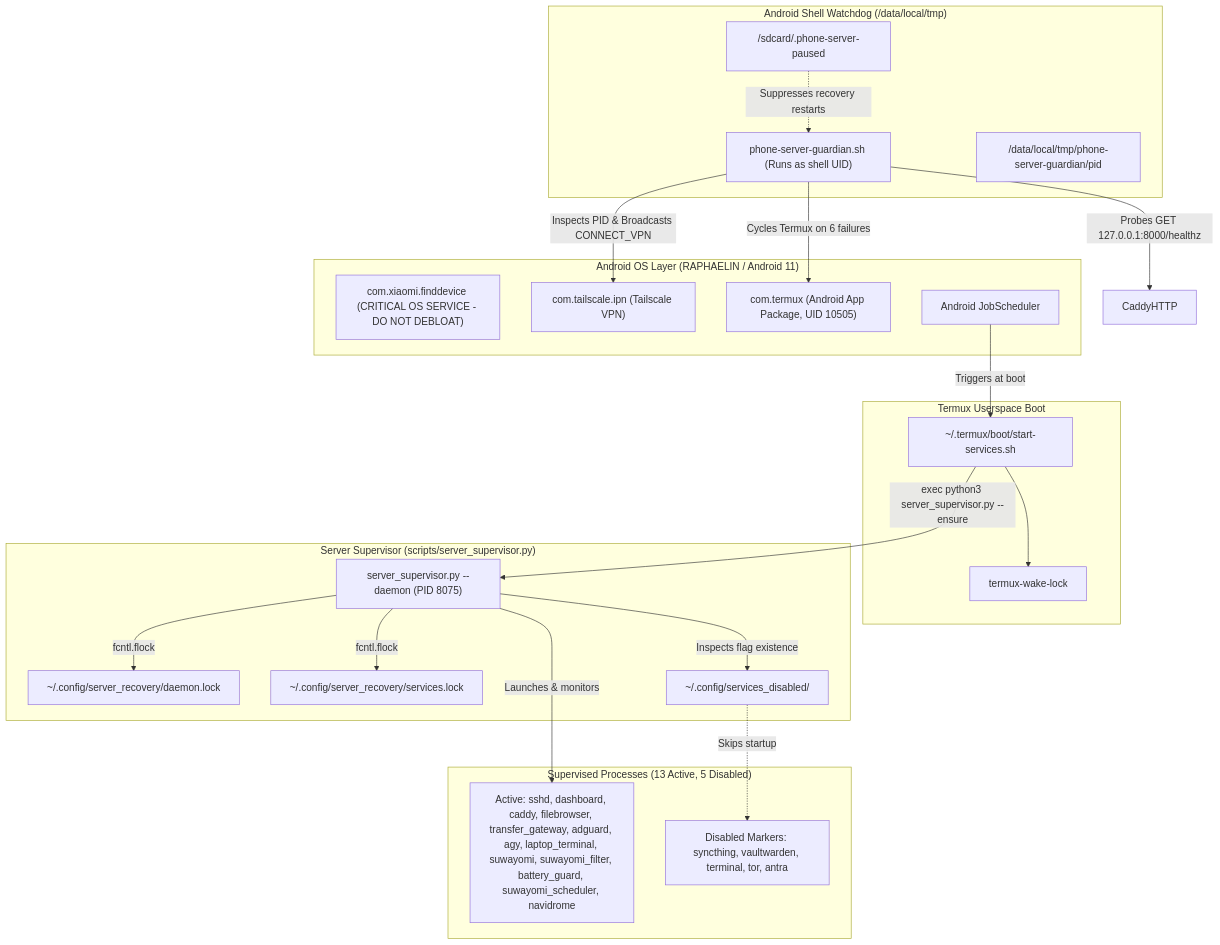
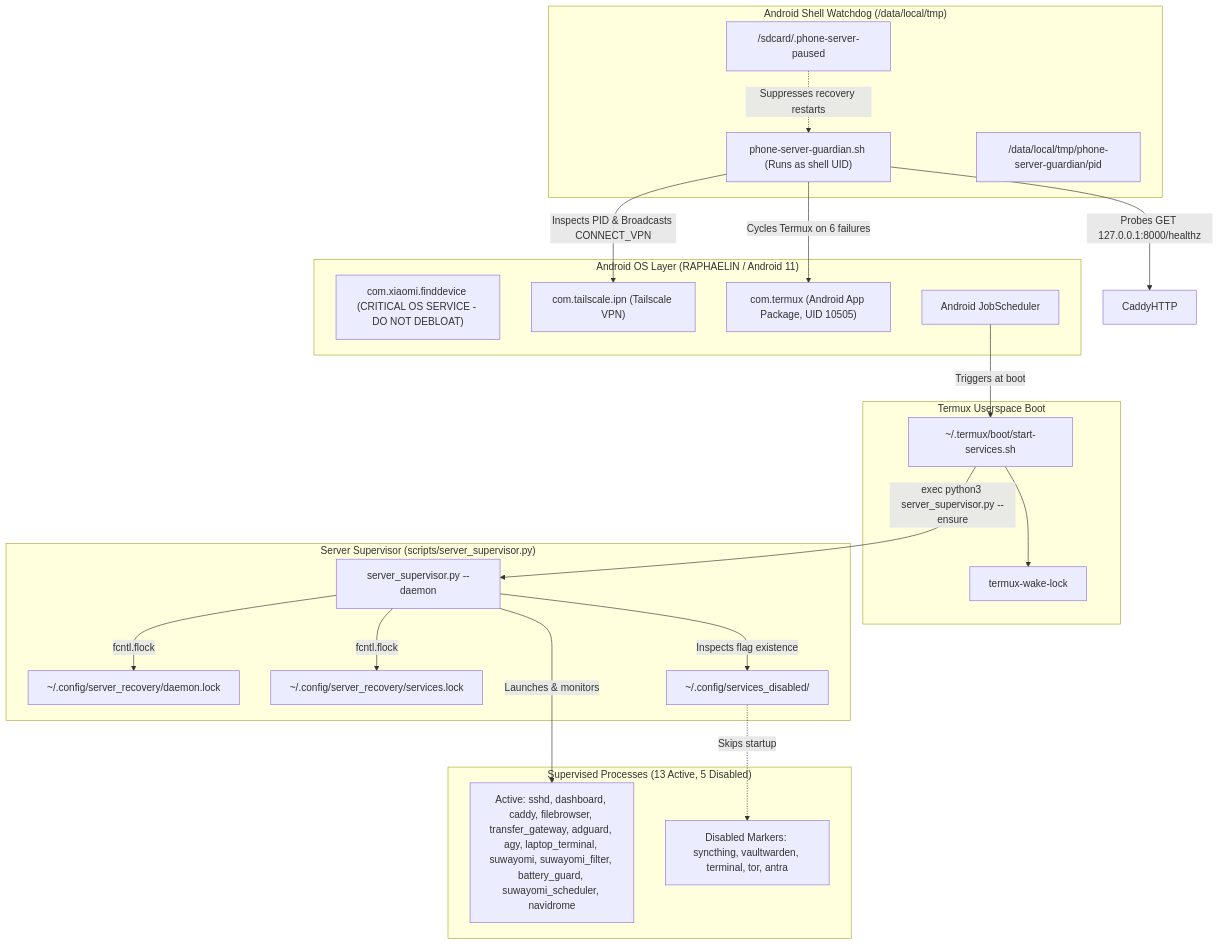
Before and after one commit to Y-astro/mobile-server: the second of 3 diagrams in docs/architecture/SYSTEM_MAP.md, drawn with Mermaid. The commit also changed other lines of this file and 2 other files, not shown here.

Commit message:
docs: correct architecture observations and publication guidance

````diff
--- a/docs/architecture/SYSTEM_MAP.md
+++ b/docs/architecture/SYSTEM_MAP.md
@@ -78,47 +78,47 @@
 ```mermaid
 flowchart TD
     subgraph AndroidOS["Android OS Layer (RAPHAELIN / Android 11)"]
         XiaomiFind["com.xiaomi.finddevice (CRITICAL OS SERVICE - DO NOT DEBLOAT)"]
         TailscaleApp["com.tailscale.ipn (Tailscale VPN)"]
         TermuxApp["com.termux (Android App Package, UID 10505)"]
         JobScheduler["Android JobScheduler"]
     end
 
     subgraph ShellWatchdog["Android Shell Watchdog (/data/local/tmp)"]
         GuardianScript["phone-server-guardian.sh (Runs as shell UID)"]
         GuardianState["/data/local/tmp/phone-server-guardian/pid"]
         PauseMarker["/sdcard/.phone-server-paused"]
     end
 
     subgraph TermuxBoot["Termux Userspace Boot"]
         BootScript["~/.termux/boot/start-services.sh"]
         WakeLock["termux-wake-lock"]
     end
 
     subgraph Supervisor["Server Supervisor (scripts/server_supervisor.py)"]
-        SupervisorDaemon["server_supervisor.py --daemon (PID 8075)"]
+        SupervisorDaemon["server_supervisor.py --daemon"]
         DaemonLock["~/.config/server_recovery/daemon.lock"]
         ServicesLock["~/.config/server_recovery/services.lock"]
         DisabledDir["~/.config/services_disabled/"]
     end
 
     subgraph ManagedProcesses["Supervised Processes (13 Active, 5 Disabled)"]
         ActiveProc["Active: sshd, dashboard, caddy, filebrowser, transfer_gateway, adguard, agy, laptop_terminal, suwayomi, suwayomi_filter, battery_guard, suwayomi_scheduler, navidrome"]
         DisabledProc["Disabled Markers: syncthing, vaultwarden, terminal, tor, antra"]
     end
 
     JobScheduler -->|Triggers at boot| BootScript
     BootScript --> WakeLock
     BootScript -->|exec python3 server_supervisor.py --ensure| SupervisorDaemon
 
     GuardianScript -->|Inspects PID & Broadcasts CONNECT_VPN| TailscaleApp
     GuardianScript -->|Probes GET 127.0.0.1:8000/healthz| CaddyHTTP
     GuardianScript -->|Cycles Termux on 6 failures| TermuxApp
     PauseMarker -.->|Suppresses recovery restarts| GuardianScript
 
     SupervisorDaemon -->|fcntl.flock| DaemonLock
     SupervisorDaemon -->|fcntl.flock| ServicesLock
     SupervisorDaemon -->|Inspects flag existence| DisabledDir
     SupervisorDaemon -->|Launches & monitors| ActiveProc
     DisabledDir -.->|Skips startup| DisabledProc
 ```
````
